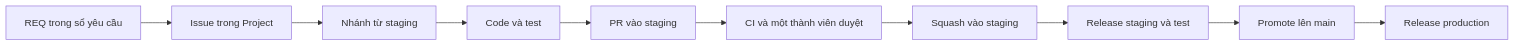
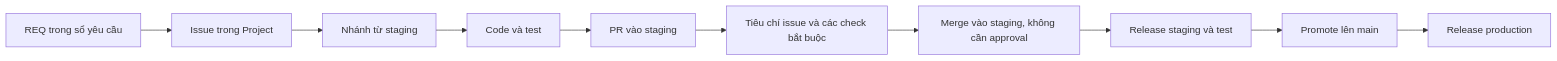
The diagram in docs/wiki/team/workflow.md (Mikan382/netverse3d), drawn with Mermaid before and after one commit. The commit also changed other lines of this file and 13 other files, not shown here.

Commit message:
chore: let issue and checks govern PR merge (#373)

````diff
--- a/docs/wiki/team/workflow.md
+++ b/docs/wiki/team/workflow.md
@@ -3,12 +3,12 @@
 ```mermaid
 flowchart LR
   A[REQ trong sổ yêu cầu] --> B[Issue trong Project]
   B --> C[Nhánh từ staging]
   C --> D[Code và test]
   D --> E[PR vào staging]
-  E --> F[CI và một thành viên duyệt]
-  F --> G[Squash vào staging]
+  E --> F[Tiêu chí issue và các check bắt buộc]
+  F --> G[Merge vào staging, không cần approval]
   G --> H[Release staging và test]
   H --> I[Promote lên main]
   I --> J[Release production]
 ```
````
